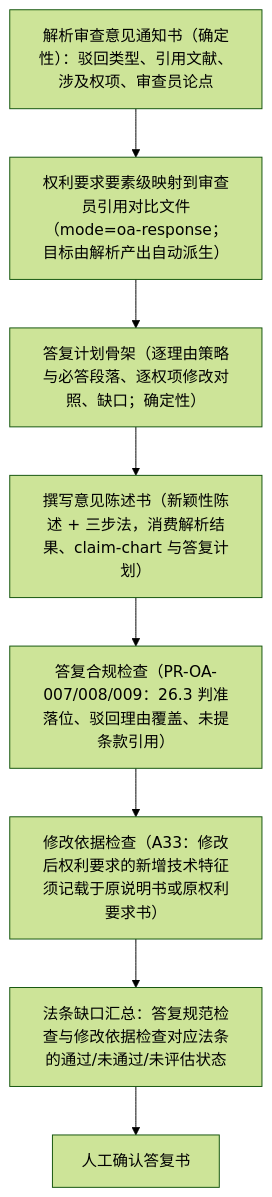
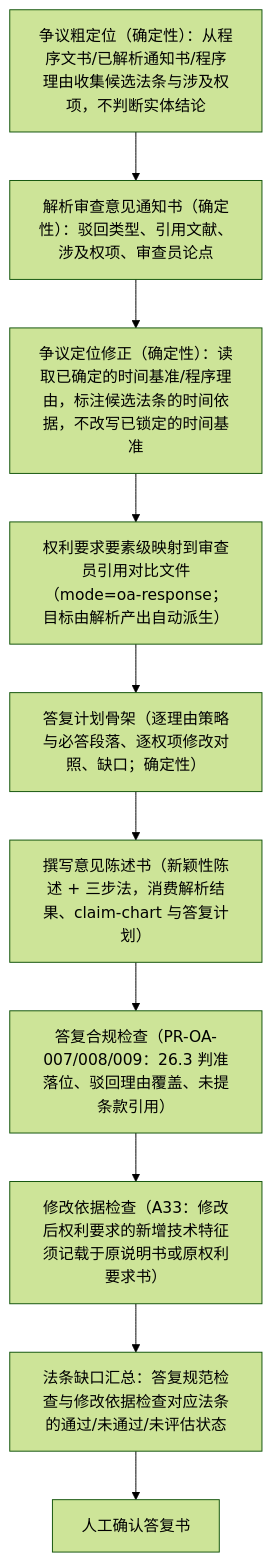
The diagram in snapshots/session/patent-oa-response/workspace.expected/data/cases/CN2024-0001/workflow-runs/CN2024-0001__patent_oa_response_v1.mmd (xujian519/deepseek-harness), drawn with Mermaid (forest theme) before and after one commit. The commit also changed 82 other files, not shown here.

```diff
--- a/snapshots/session/patent-oa-response/workspace.expected/data/cases/CN2024-0001/workflow-runs/CN2024-0001__patent_oa_response_v1.mmd
+++ b/snapshots/session/patent-oa-response/workspace.expected/data/cases/CN2024-0001/workflow-runs/CN2024-0001__patent_oa_response_v1.mmd
@@ -1,16 +1,20 @@
 flowchart TD
+  dispute-framing["争议粗定位（确定性）：从程序文书/已解析通知书/程序理由收集候选法条与涉及权项，不判断实体结论"]
   parse["解析审查意见通知书（确定性）：驳回类型、引用文献、涉及权项、审查员论点"]
+  dispute-framing-refine["争议定位修正（确定性）：读取已确定的时间基准/程序理由，标注候选法条的时间依据，不改写已锁定的时间基准"]
   claim-chart["权利要求要素级映射到审查员引用对比文件（mode=oa-response；目标由解析产出自动派生）"]
   response-plan["答复计划骨架（逐理由策略与必答段落、逐权项修改对照、缺口；确定性）"]
   draft["撰写意见陈述书（新颖性陈述 + 三步法，消费解析结果、claim-chart 与答复计划）"]
   response_check["答复合规检查（PR-OA-007/008/009：26.3 判准落位、驳回理由覆盖、未提条款引用）"]
   amendment_basis["修改依据检查（A33：修改后权利要求的新增技术特征须记载于原说明书或原权利要求书）"]
   legal_gaps["法条缺口汇总：答复规范检查与修改依据检查对应法条的通过/未通过/未评估状态"]
   approval["人工确认答复书"]
-  parse --> claim-chart
+  dispute-framing --> parse
+  parse --> dispute-framing-refine
+  dispute-framing-refine --> claim-chart
   claim-chart --> response-plan
   response-plan --> draft
   draft --> response_check
   response_check --> amendment_basis
   amendment_basis --> legal_gaps
   legal_gaps --> approval
```
